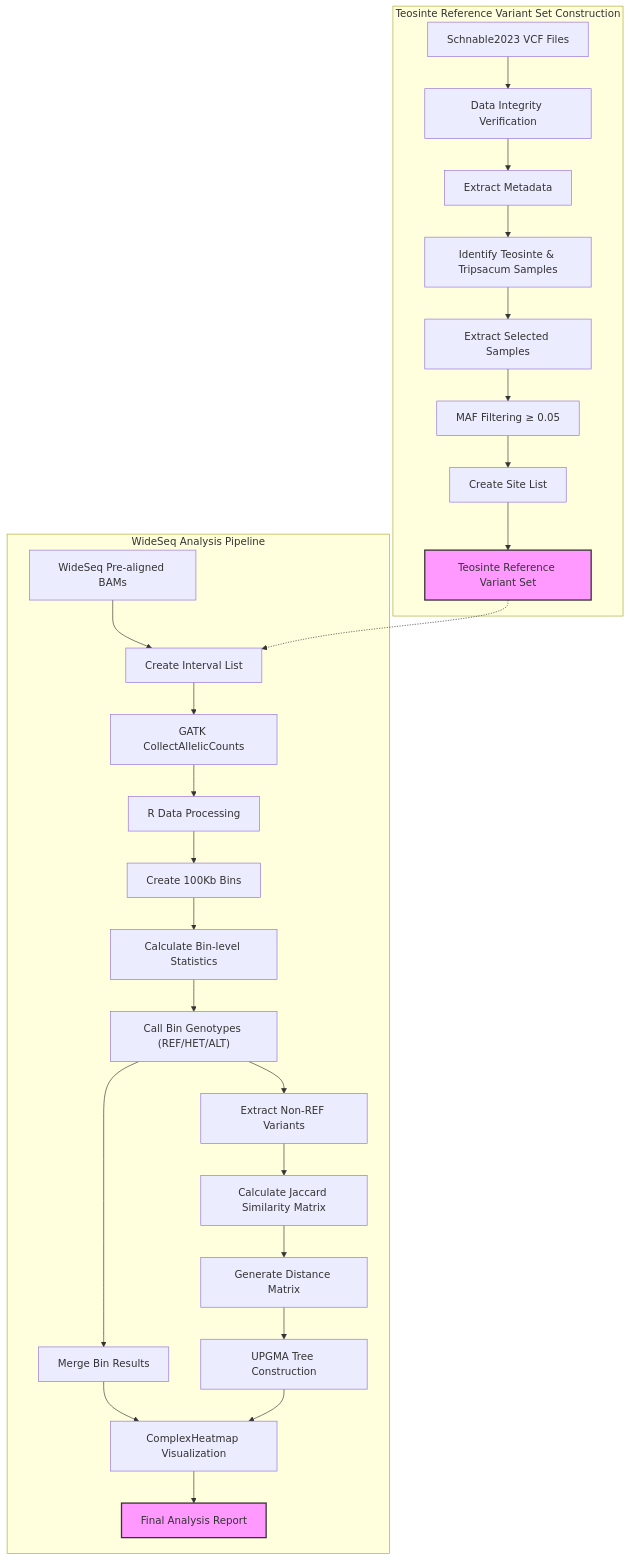
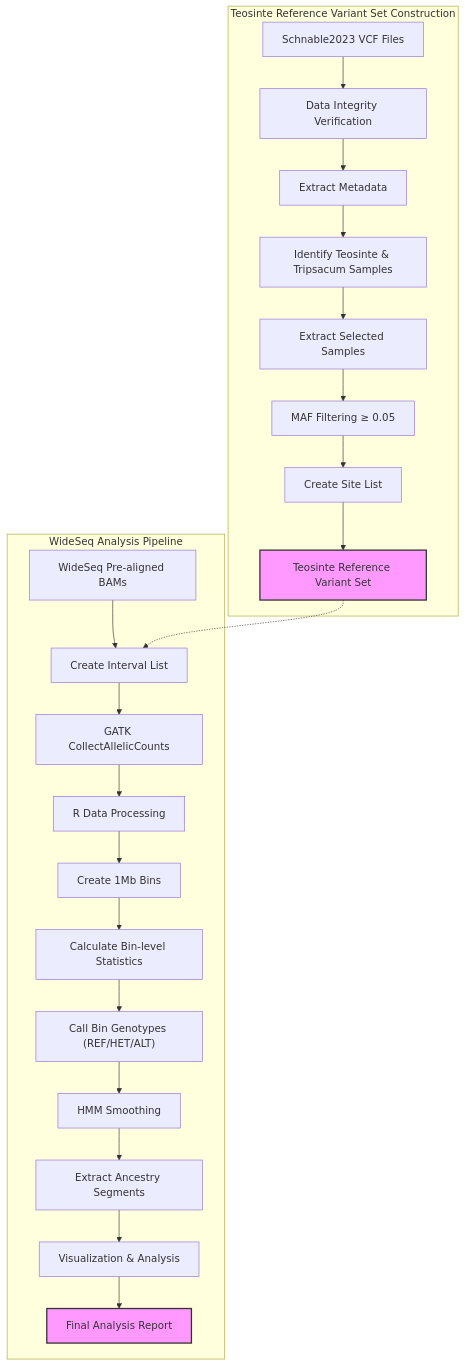
One commit to sawers-rellan-labs/BzeaSeq changed the diagram in README.md. Above: the diagram before and after it, drawn with Mermaid. The commit also changed other lines of this file and 2 other files, not shown here.

````diff
--- a/README.md
+++ b/README.md
@@ -54,39 +78,34 @@
 ```mermaid
 graph TD
     subgraph "Teosinte Reference Variant Set Construction"
         A1[Schnable2023 VCF Files] --> A2[Data Integrity Verification]
         A2 --> A3[Extract Metadata]
         A3 --> A4[Identify Teosinte & Tripsacum Samples]
         A4 --> A5[Extract Selected Samples]
         A5 --> A6[MAF Filtering ≥ 0.05]
         A6 --> A7[Create Site List]
         A7 --> A8[Teosinte Reference Variant Set]
     end
 
     subgraph "WideSeq Analysis Pipeline"
         B1[WideSeq Pre-aligned BAMs] --> B2[Create Interval List]
         B2 --> B3["GATK CollectAllelicCounts"]
         
         A8 -.-> B2
         
         B3 --> B4["R Data Processing"]
-        B4 --> B5["Create 100Kb Bins"]
+        B4 --> B5["Create 1Mb Bins"]
         B5 --> B6["Calculate Bin-level Statistics"]
         B6 --> B7["Call Bin Genotypes (REF/HET/ALT)"]
         
-        B7 --> B8[Merge Bin Results]
-        B7 --> B9["Extract Non-REF Variants"]
+        B7 --> B8[HMM Smoothing]
+        B8 --> B9[Extract Ancestry Segments]
         
-        B9 --> B10["Calculate Jaccard Similarity Matrix"]
-        B10 --> B11[Generate Distance Matrix]
-        B11 --> B12[UPGMA Tree Construction]
+        B9 --> B10[Visualization & Analysis]
         
-        B8 --> B13[ComplexHeatmap Visualization]
-        B12 --> B13
-        
-        B13 --> B14[Final Analysis Report]
+        B10 --> B11[Final Analysis Report]
     end
     
     style A8 fill:#f9f,stroke:#333,stroke-width:2px
-    style B14 fill:#f9f,stroke:#333,stroke-width:2px
+    style B11 fill:#f9f,stroke:#333,stroke-width:2px
 ```
````
